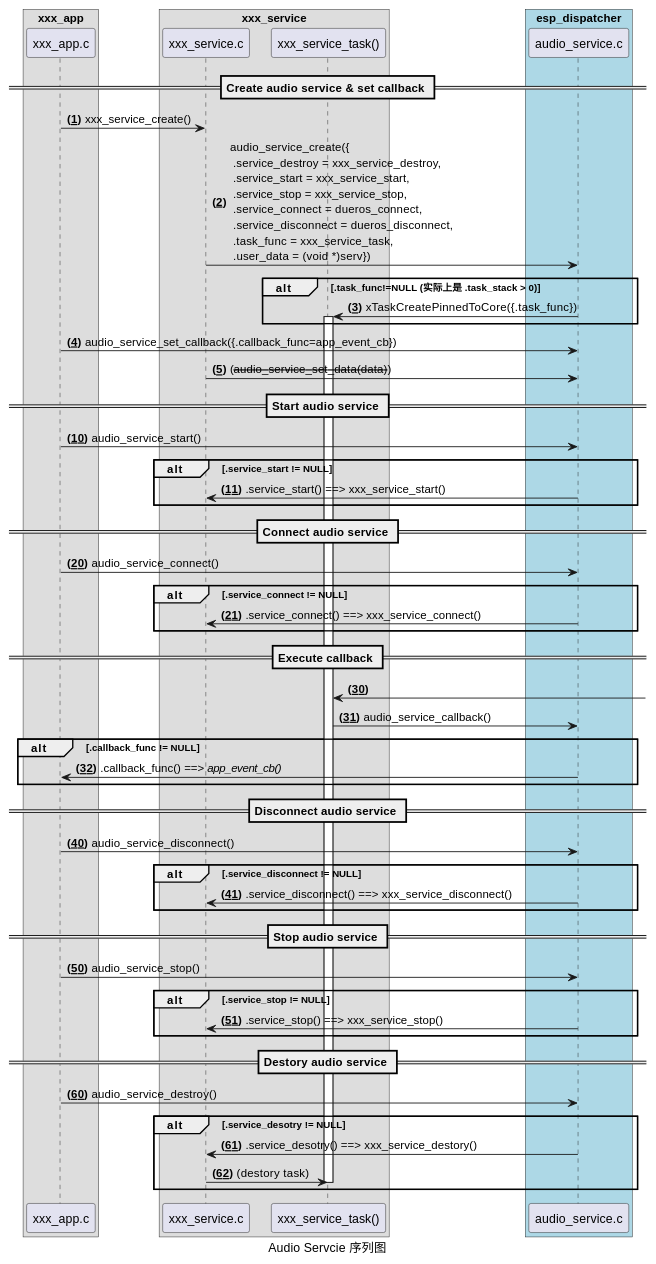
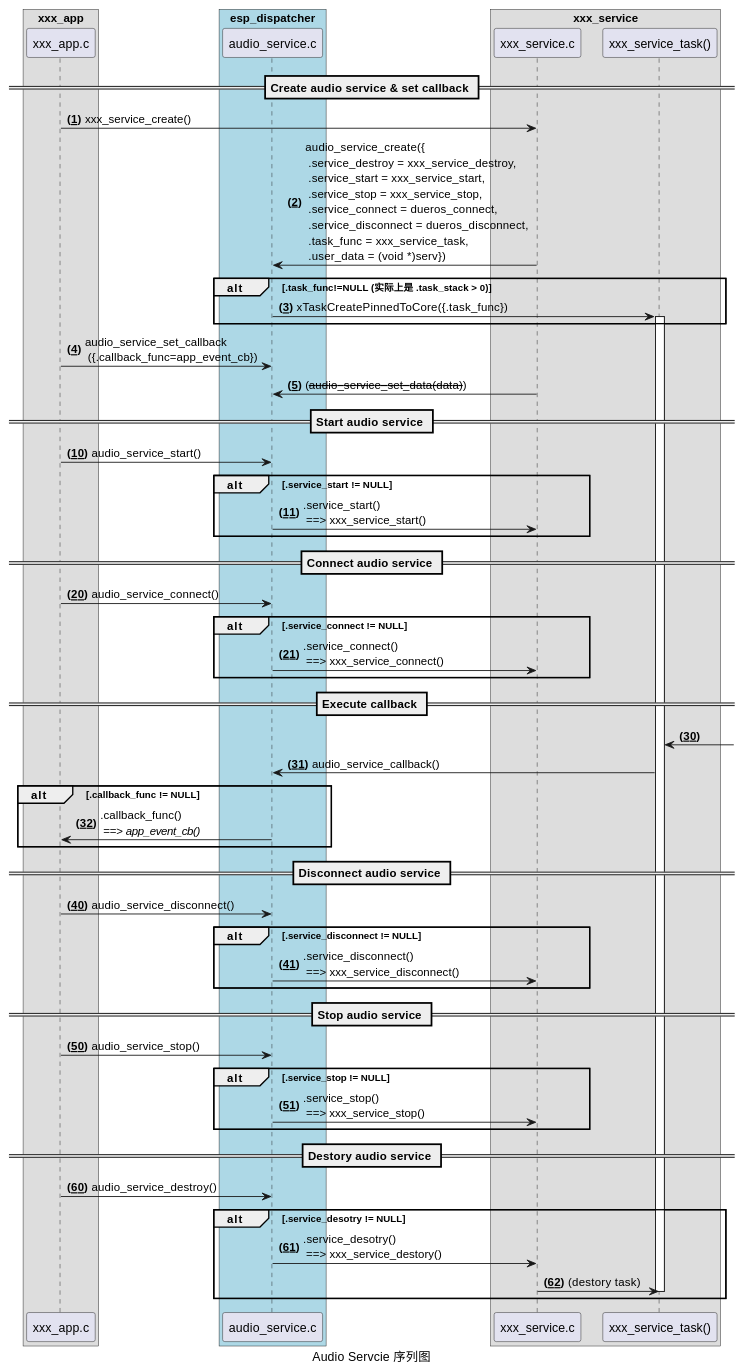
The second of 3 diagrams in docs/inside-dispatcher/audio_service.rst (liangzhu2008/learn-esp-adf), drawn with PlantUML before and after one commit. The commit also changed other lines of this file and 1 other file, not shown here.

Commit message:
加入 DuerOS Service 的类图

```diff
--- a/docs/inside-dispatcher/audio_service.rst
+++ b/docs/inside-dispatcher/audio_service.rst
@@ -80,74 +89,74 @@
 .. uml::
 
     caption Audio Servcie 序列图
 
     box "xxx_app"
     participant "xxx_app.c"         as adf_app  order 10
     end box
 
-    box "xxx_service" 
-    participant "xxx_service.c"   as xxx_service  order 20
-    participant "xxx_service_task()" as service_task  order 30
+    box "esp_dispatcher" #LightBlue
+    participant "audio_service.c"  as audio_service  order 20
     end box
 
-    box "esp_dispatcher" #LightBlue
-    participant "audio_service.c"  as audio_service  order 40
+    box "xxx_service" 
+    participant "xxx_service.c"   as xxx_service  order 30
+    participant "xxx_service_task()" as service_task  order 40
     end box
       
     == Create audio service & set callback ==
     autonumber 1 "<b>(<u>##</u>)"
     adf_app        -> xxx_service : xxx_service_create()
-    xxx_service -> audio_service : audio_service_create({\n .service_destroy = xxx_service_destroy, \n .service_start = xxx_service_start, \n .service_stop = xxx_service_stop, \n .service_connect = dueros_connect, \n .service_disconnect = dueros_disconnect, \n .task_func  = xxx_service_task, \n .user_data = (void *)serv})
+    audio_service  <- xxx_service : audio_service_create({\n .service_destroy = xxx_service_destroy, \n .service_start = xxx_service_start, \n .service_stop = xxx_service_stop, \n .service_connect = dueros_connect, \n .service_disconnect = dueros_disconnect, \n .task_func  = xxx_service_task, \n .user_data = (void *)serv})
 
     alt .task_func!=NULL (实际上是 .task_stack > 0)
     audio_service -> service_task : xTaskCreatePinnedToCore({.task_func})
     activate service_task
     end
 
-    adf_app -> audio_service : audio_service_set_callback({.callback_func=app_event_cb})
-    xxx_service -> audio_service : (--audio_service_set_data(data)--)
+    adf_app      -> audio_service : audio_service_set_callback \n ({.callback_func=app_event_cb})
+    audio_service  <- xxx_service : (--audio_service_set_data(data)--)
 
     == Start audio service ==
     autonumber 10 "<b>(<u>##</u>)"
     adf_app       -> audio_service : audio_service_start()
     alt .service_start != NULL
-    xxx_service   <- audio_service : .service_start() ==> xxx_service_start()
+    audio_service -> xxx_service  : .service_start() \n ==> xxx_service_start()
     end
 
     == Connect audio service ==
     autonumber 20 "<b>(<u>##</u>)"
     adf_app       -> audio_service : audio_service_connect()
     alt .service_connect != NULL
-    xxx_service   <- audio_service : .service_connect() ==> xxx_service_connect()
+    audio_service -> xxx_service   : .service_connect() \n ==> xxx_service_connect()
     end
 
     == Execute callback ==
     autonumber 30 "<b>(<u>##</u>)"
     service_task    <-] 
     audio_service  <- service_task : audio_service_callback()
     alt .callback_func != NULL
-    adf_app       <- audio_service : .callback_func() ==> //app_event_cb()//
+    adf_app       <- audio_service : .callback_func() \n ==> //app_event_cb()//
     end
 
     == Disconnect audio service ==
     autonumber 40 "<b>(<u>##</u>)"
     adf_app       -> audio_service : audio_service_disconnect()
     alt .service_disconnect != NULL
-    xxx_service   <- audio_service : .service_disconnect() ==> xxx_service_disconnect()
+    audio_service -> xxx_service   : .service_disconnect() \n ==> xxx_service_disconnect()
     end
 
     == Stop audio service ==
     autonumber 50 "<b>(<u>##</u>)"
     adf_app         -> audio_service : audio_service_stop()
     alt .service_stop != NULL
-    xxx_service     <- audio_service : .service_stop() ==> xxx_service_stop()
+    audio_service   -> xxx_service   : .service_stop() \n ==> xxx_service_stop()
     end
 
     == Destory audio service ==
     autonumber 60 "<b>(<u>##</u>)"
     adf_app        -> audio_service : audio_service_destroy()
     alt .service_desotry != NULL
-    xxx_service     <- audio_service : .service_desotry() ==> xxx_service_destory()    
+    audio_service  -> xxx_service  : .service_desotry() \n ==> xxx_service_destory()    
     xxx_service    -> service_task : (destory task)
     deactivate service_task 
     end
```
